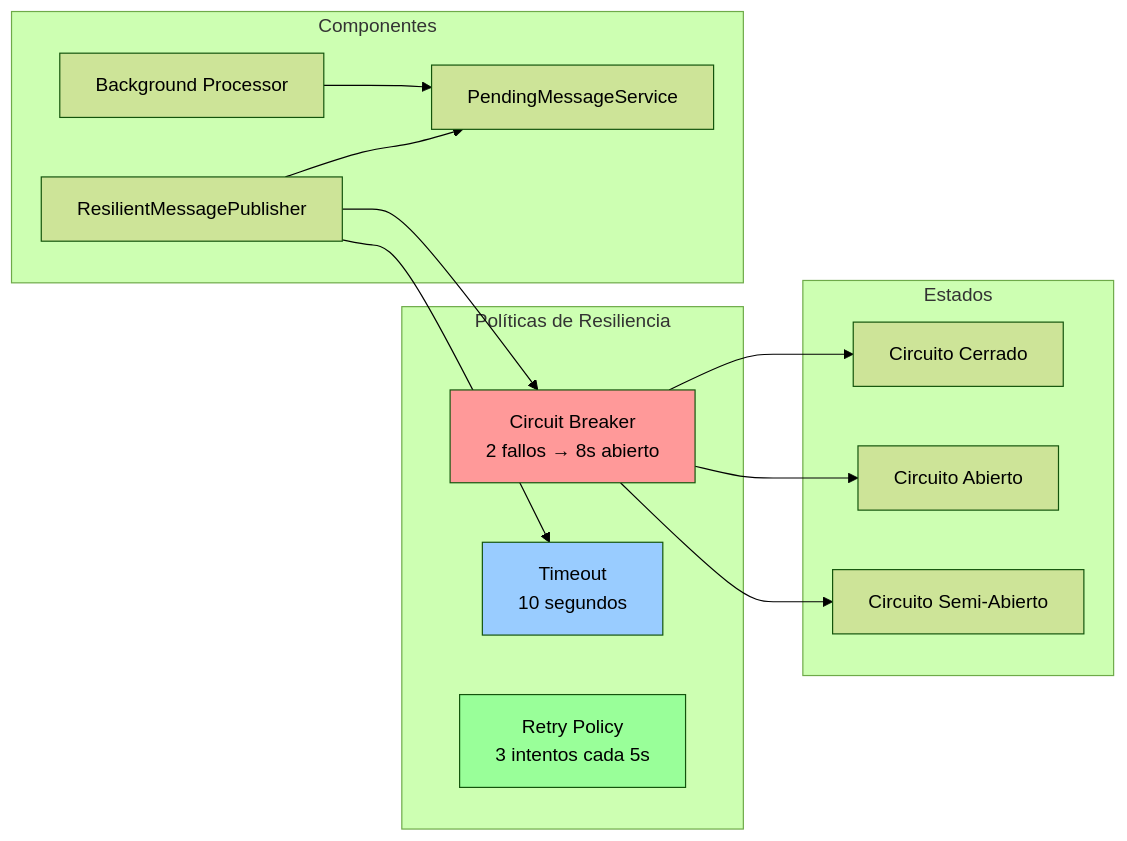
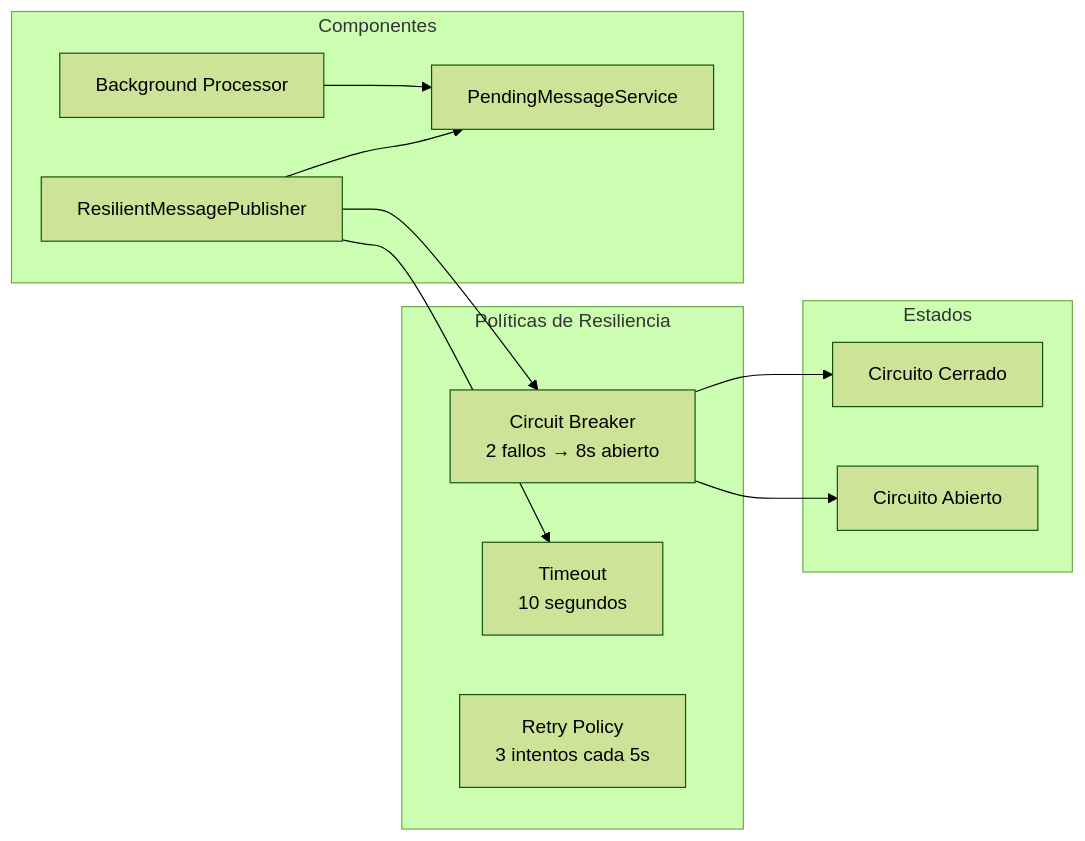
The third of 5 diagrams in README.md (iambenjamin-developer/Kinetic), drawn with Mermaid (forest theme) before and after one commit. The commit also changed other lines of this file and 1 other file, not shown here.

````diff
--- a/README.md
+++ b/README.md
@@ -98,33 +98,27 @@
 ```mermaid
 graph LR
     subgraph "Políticas de Resiliencia"
         CB[Circuit Breaker<br/>2 fallos → 8s abierto]
         TO[Timeout<br/>10 segundos]
         RETRY[Retry Policy<br/>3 intentos cada 5s]
     end
     
     subgraph "Componentes"
         PUBLISHER[ResilientMessagePublisher]
         PENDING[PendingMessageService]
         PROCESSOR[Background Processor]
     end
     
     subgraph "Estados"
         CLOSED[Circuito Cerrado]
         OPEN[Circuito Abierto]
-        HALF[Circuito Semi-Abierto]
     end
     
     PUBLISHER --> CB
     PUBLISHER --> TO
     PUBLISHER --> PENDING
     PROCESSOR --> PENDING
     
     CB --> CLOSED
     CB --> OPEN
-    CB --> HALF
-    
-    style CB fill:#ff9999
-    style TO fill:#99ccff
-    style RETRY fill:#99ff99
 ```
````
